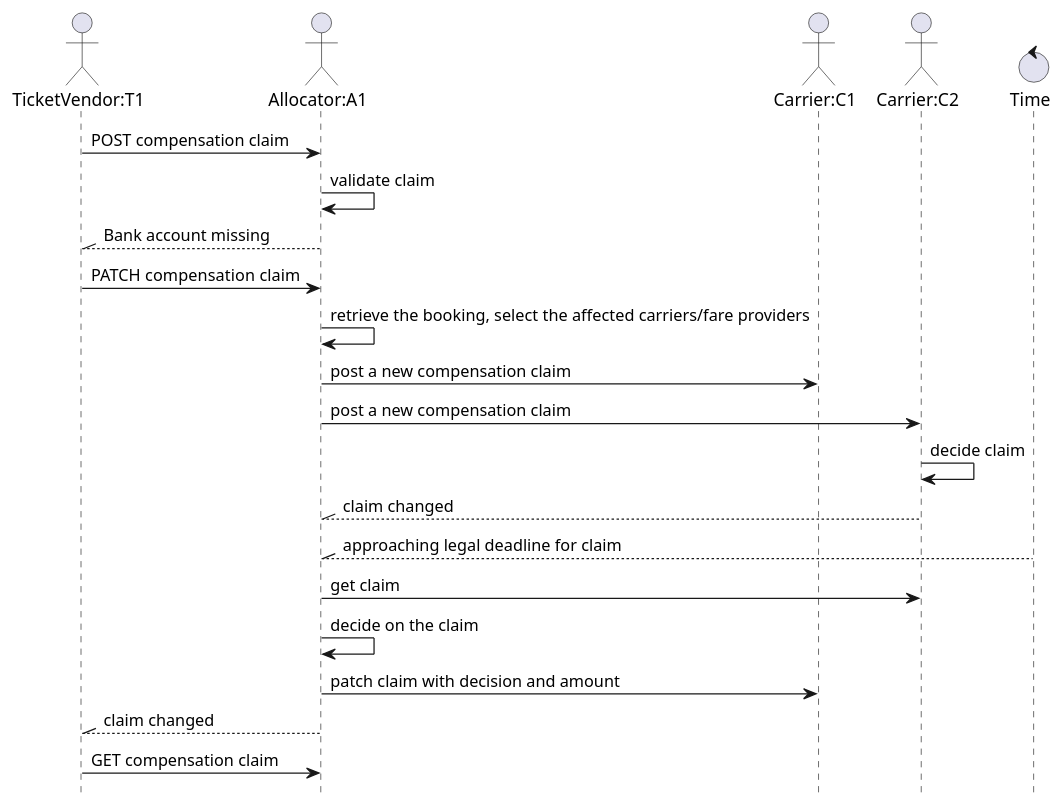
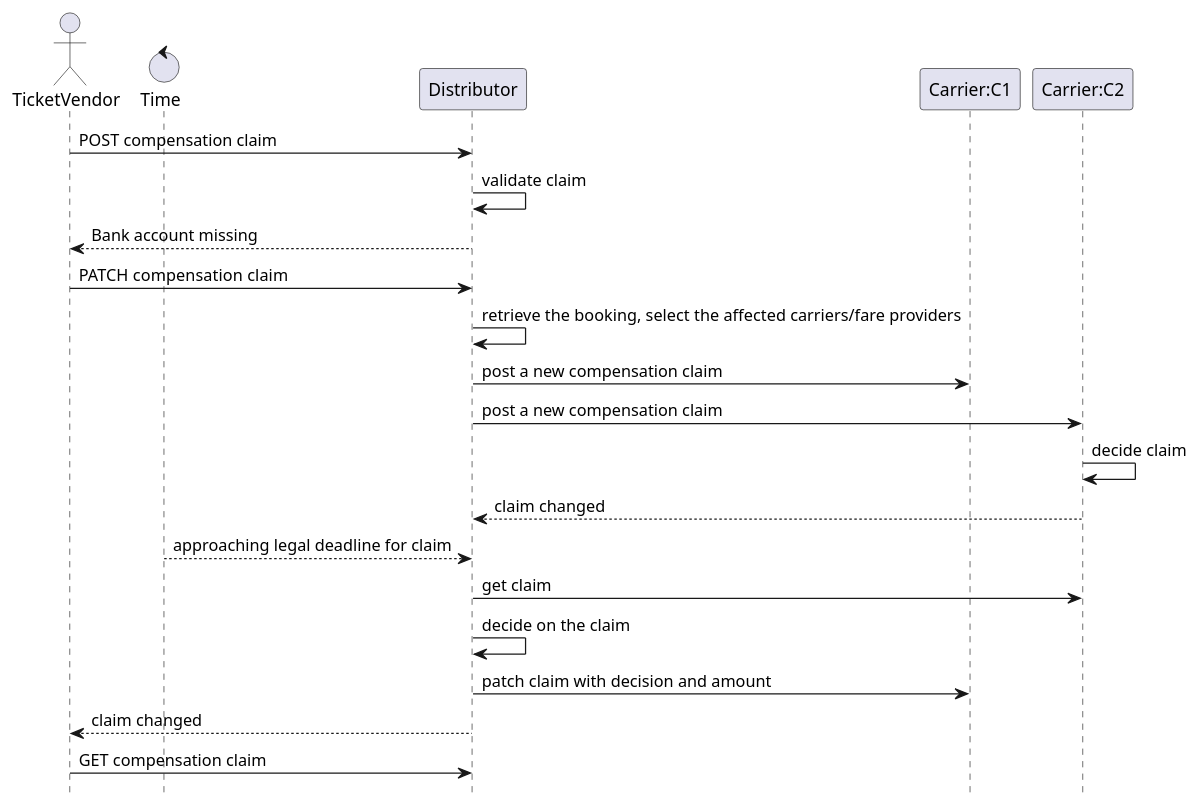
The diagram in images/processes/seq-complaintManagement2.puml (UnionInternationalCheminsdeFer/OSDM), drawn with PlantUML before and after one commit. The commit also changed 71 other files, not shown here.

```diff
--- a/images/processes/seq-complaintManagement2.puml
+++ b/images/processes/seq-complaintManagement2.puml
@@ -1,40 +1,37 @@
 @startuml
 hide footbox
 
-actor "TicketVendor:T1"
-actor "Allocator:A1"
-actor "Carrier:C1"
-actor "Carrier:C2"
+actor "TicketVendor"
 control "Time"
 
-"TicketVendor:T1" -> "Allocator:A1": POST compensation claim
+"TicketVendor" -> "Distributor": POST compensation claim
 
-"Allocator:A1" -> "Allocator:A1": validate claim
+"Distributor" -> "Distributor": validate claim
 
-"Allocator:A1" --\\ "TicketVendor:T1": Bank account missing
+"Distributor" --> "TicketVendor": Bank account missing
 
-"TicketVendor:T1" -> "Allocator:A1": PATCH compensation claim
+"TicketVendor" -> "Distributor": PATCH compensation claim
 
-"Allocator:A1" -> "Allocator:A1": retrieve the booking, select the affected carriers/fare providers
+"Distributor" -> "Distributor": retrieve the booking, select the affected carriers/fare providers
 
-"Allocator:A1" -> "Carrier:C1": post a new compensation claim
+"Distributor" -> "Carrier:C1": post a new compensation claim
 
-"Allocator:A1" -> "Carrier:C2": post a new compensation claim
+"Distributor" -> "Carrier:C2": post a new compensation claim
 
 "Carrier:C2" -> "Carrier:C2": decide claim
 
-"Carrier:C2" --\\ "Allocator:A1": claim changed
+"Carrier:C2" --> "Distributor": claim changed
 
-"Time" --\\ "Allocator:A1": approaching legal deadline for claim
+"Time" --> "Distributor": approaching legal deadline for claim
 
-"Allocator:A1" -> "Carrier:C2": get claim
+"Distributor" -> "Carrier:C2": get claim
 
-"Allocator:A1" -> "Allocator:A1": decide on the claim
+"Distributor" -> "Distributor": decide on the claim
 
-"Allocator:A1" -> "Carrier:C1": patch claim with decision and amount
+"Distributor" -> "Carrier:C1": patch claim with decision and amount
 
-"Allocator:A1" --\\ "TicketVendor:T1": claim changed
+"Distributor" --> "TicketVendor": claim changed
 
-"TicketVendor:T1" -> "Allocator:A1": GET compensation claim
+"TicketVendor" -> "Distributor": GET compensation claim
 
 @enduml
```
